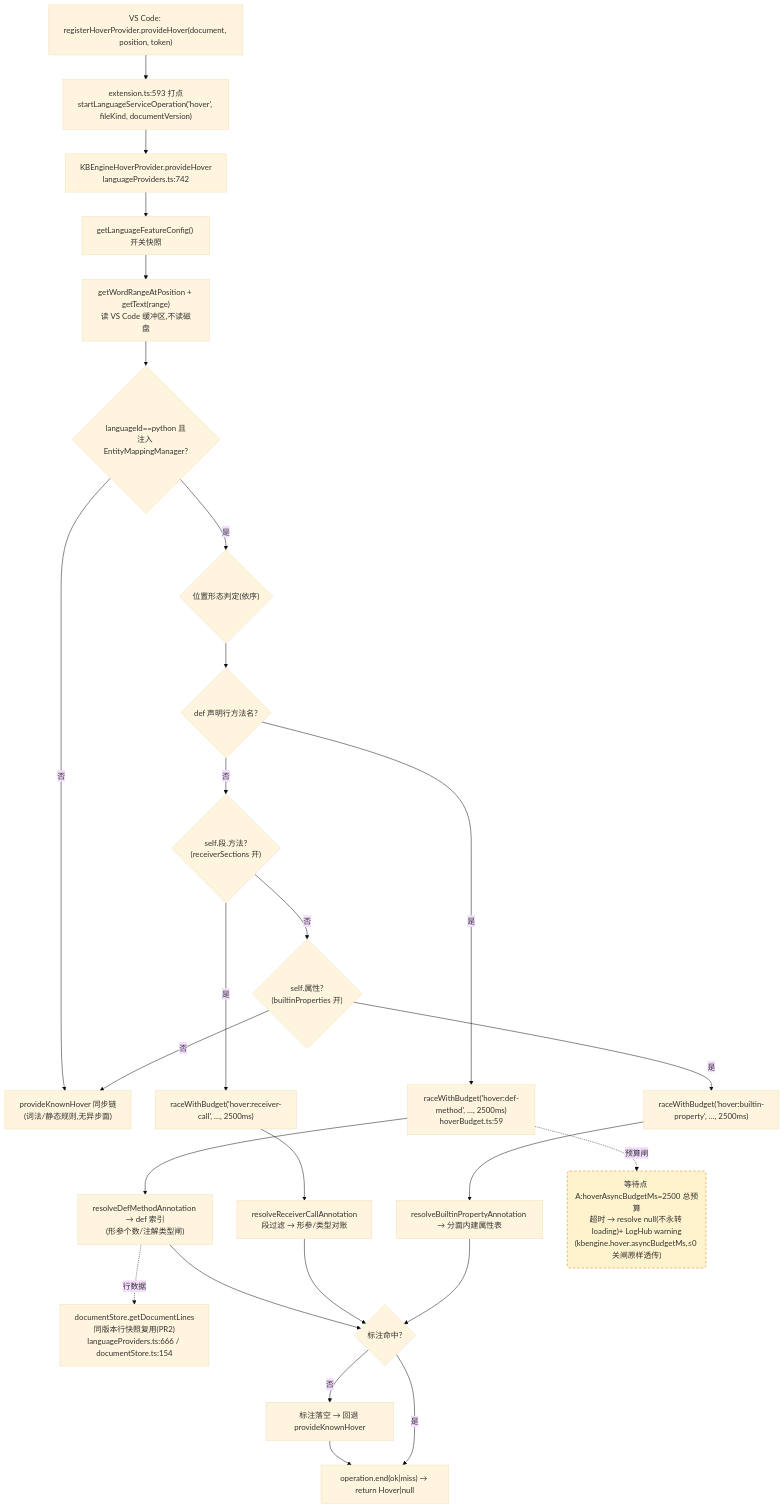
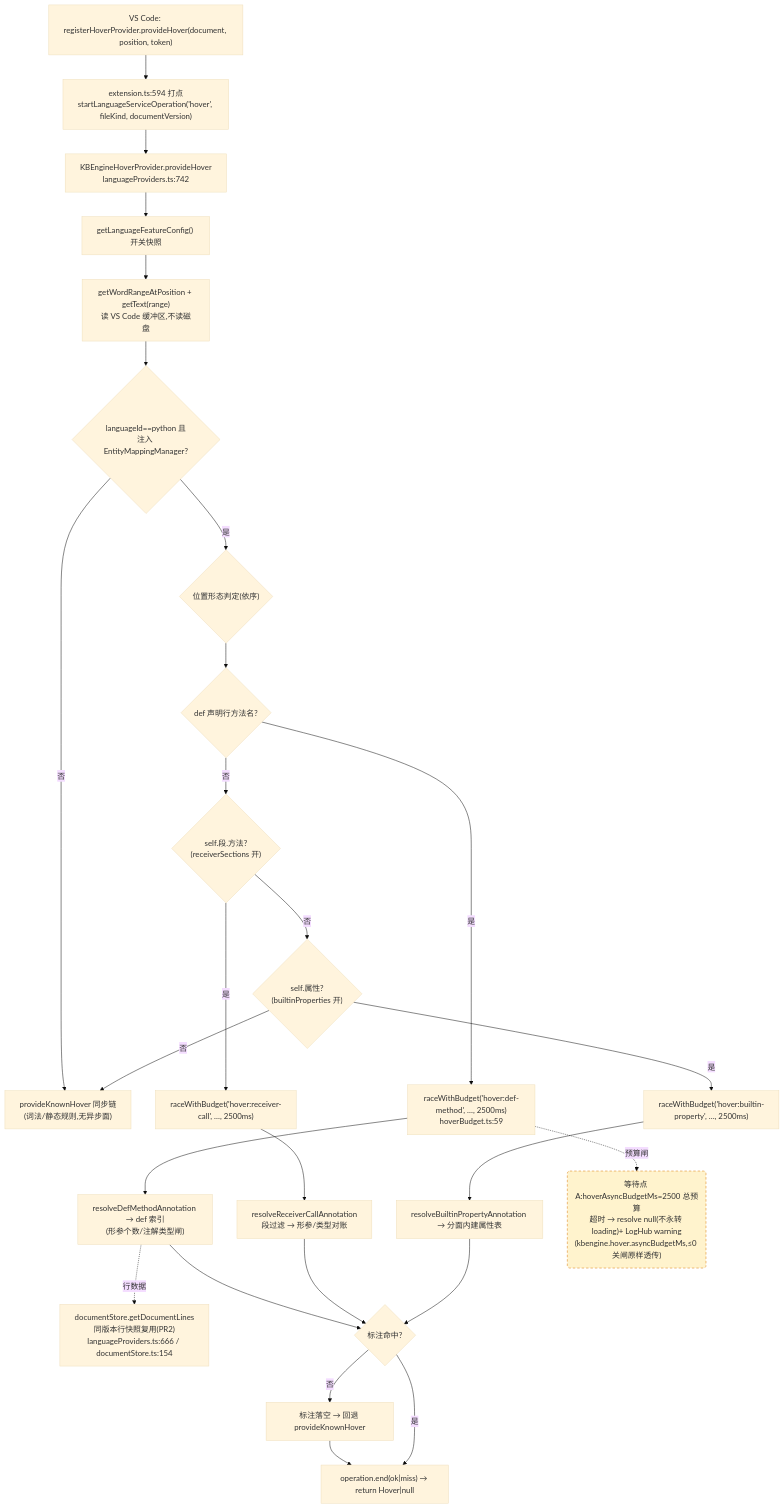
The first of 4 diagrams in docs/perf/2026-baseline.md (cuihairu/kode), drawn with Mermaid (base theme) before and after one commit. The commit also changed other lines of this file and 8 other files, not shown here.

````diff
--- a/docs/perf/2026-baseline.md
+++ b/docs/perf/2026-baseline.md
@@ -82,45 +82,45 @@
 ```mermaid
 flowchart TD
   VC1["VS Code: registerHoverProvider.provideHover(document, position, token)"]
-  M1["extension.ts:593 打点<br/>startLanguageServiceOperation('hover', fileKind, documentVersion)"]
+  M1["extension.ts:594 打点<br/>startLanguageServiceOperation('hover', fileKind, documentVersion)"]
   HP["KBEngineHoverProvider.provideHover<br/>languageProviders.ts:742"]
   CFG["getLanguageFeatureConfig() 开关快照"]
   WORD["getWordRangeAtPosition + getText(range)<br/>读 VS Code 缓冲区,不读磁盘"]
   BR{"languageId==python 且<br/>注入 EntityMappingManager?"}
   KN["provideKnownHover 同步链<br/>(词法/静态规则,无异步面)"]
   POS{"位置形态判定(依序)"}
   D1{"def 声明行方法名?"}
   D2{"self.段.方法?<br/>(receiverSections 开)"}
   D3{"self.属性?<br/>(builtinProperties 开)"}
   RA1["raceWithBudget('hover:def-method', …, 2500ms)<br/>hoverBudget.ts:59"]
   RA2["raceWithBudget('hover:receiver-call', …, 2500ms)"]
   RA3["raceWithBudget('hover:builtin-property', …, 2500ms)"]
   RS1["resolveDefMethodAnnotation → def 索引<br/>(形参个数/注解类型闸)"]
   RS2["resolveReceiverCallAnnotation<br/>段过滤 → 形参/类型对账"]
   RS3["resolveBuiltinPropertyAnnotation → 分面内建属性表"]
   LINES["documentStore.getDocumentLines<br/>同版本行快照复用(PR2)<br/>languageProviders.ts:666 / documentStore.ts:154"]
   MISS["标注落空 → 回退 provideKnownHover"]
   END1["operation.end(ok|miss) → return Hover|null"]
 
   VC1 --> M1 --> HP --> CFG --> WORD --> BR
   BR -- "否" --> KN
   BR -- "是" --> POS --> D1
   D1 -- "是" --> RA1 --> RS1
   D1 -- "否" --> D2
   D2 -- "是" --> RA2 --> RS2
   D2 -- "否" --> D3
   D3 -- "是" --> RA3 --> RS3
   D3 -- "否" --> KN
   RS1 --> HIT{"标注命中?"}
   RS2 --> HIT
   RS3 --> HIT
   RS1 -.->|行数据| LINES
   HIT -- "否" --> MISS --> END1
   HIT -- "是" --> END1
 
   WAITA("等待点 A:hoverAsyncBudgetMs=2500 总预算<br/>超时 → resolve null(不永转 loading)+ LogHub warning<br/>(kbengine.hover.asyncBudgetMs,≤0 关闸原样透传)")
   RA1 -.->|预算闸| WAITA
 
   classDef waitPoint fill:#fff3cd,stroke:#d97706,stroke-dasharray:5 4;
   class WAITA waitPoint;
 ```
````
